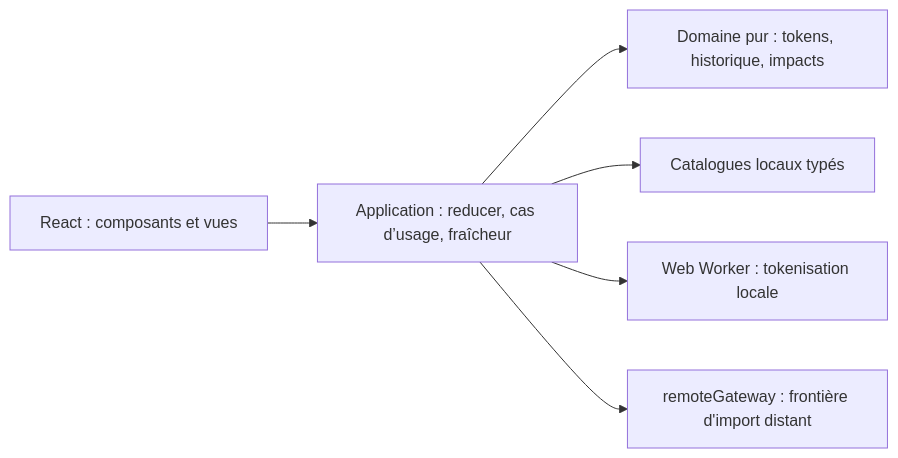
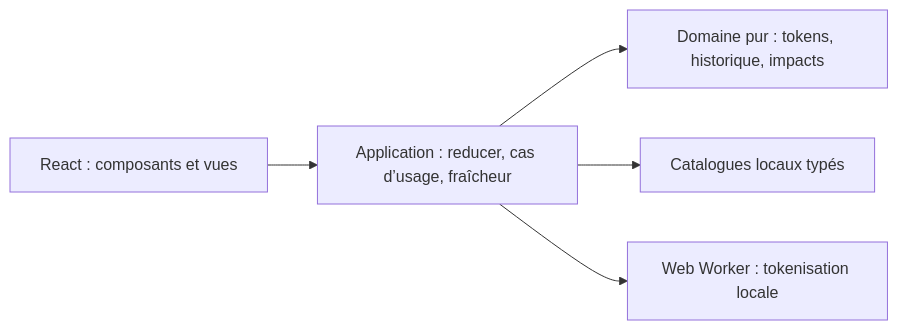
One commit to felixmortas/ai-inf-calculator changed the first of 3 diagrams in _bmad-output/planning-artifacts/architecture/architecture-ai-env-impact-calculator-2026-09-18/ARCHITECTURE-SPINE.md. Above: the diagram before and after it, drawn with Mermaid. The commit also changed other lines of this file and 73 other files, not shown here.

````diff
--- a/_bmad-output/planning-artifacts/architecture/architecture-ai-env-impact-calculator-2026-09-18/ARCHITECTURE-SPINE.md
+++ b/_bmad-output/planning-artifacts/architecture/architecture-ai-env-impact-calculator-2026-09-18/ARCHITECTURE-SPINE.md
@@ -29,8 +29,7 @@
 ```mermaid
 flowchart LR
   UI[React : composants et vues] --> APP[Application : reducer, cas d’usage, fraîcheur]
   APP --> DOMAIN[Domaine pur : tokens, historique, impacts]
   APP --> CATALOG[Catalogues locaux typés]
   APP --> WORKER[Web Worker : tokenisation locale]
-  APP --> REMOTE[remoteGateway : frontière d'import distant]
 ```
````
